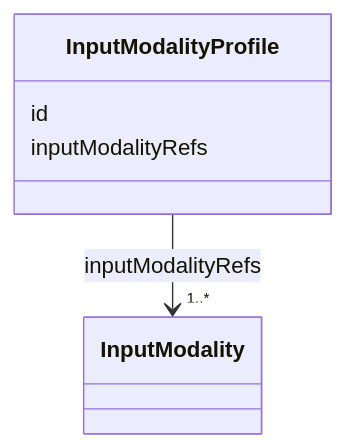
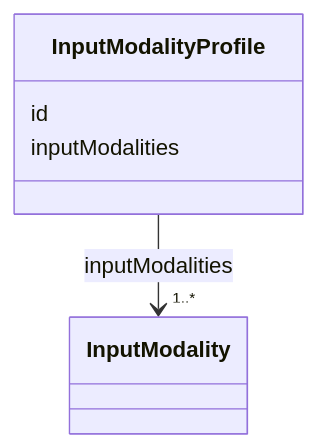
Before and after one commit to openuji/spec-ujg: the third of 9 diagrams in specs/ed/modules/observability/index.md, drawn with Mermaid. The commit also changed other lines of this file and 370 other files, not shown here.

````diff
--- a/specs/ed/modules/observability/index.md
+++ b/specs/ed/modules/observability/index.md
@@ -129,9 +106,9 @@
 ```mermaid
 classDiagram
   class InputModality
   class InputModalityProfile {
     id
-    inputModalityRefs
+    inputModalities
   }
-  InputModalityProfile --> "1..*" InputModality : inputModalityRefs
+  InputModalityProfile --> "1..*" InputModality : inputModalities
 ```
````
